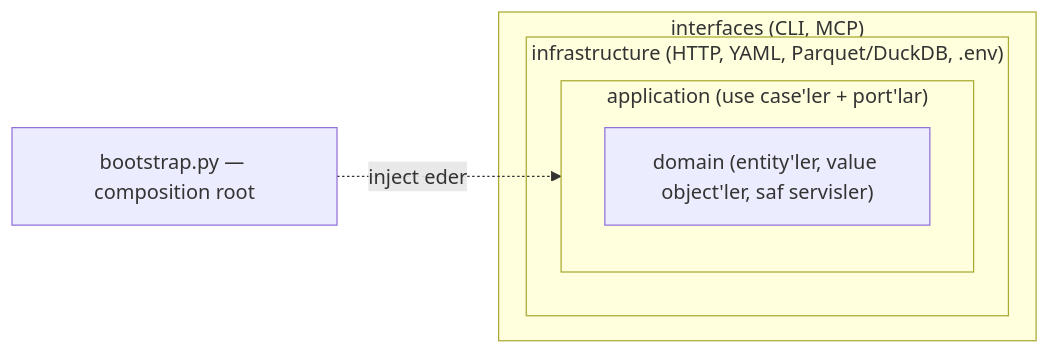
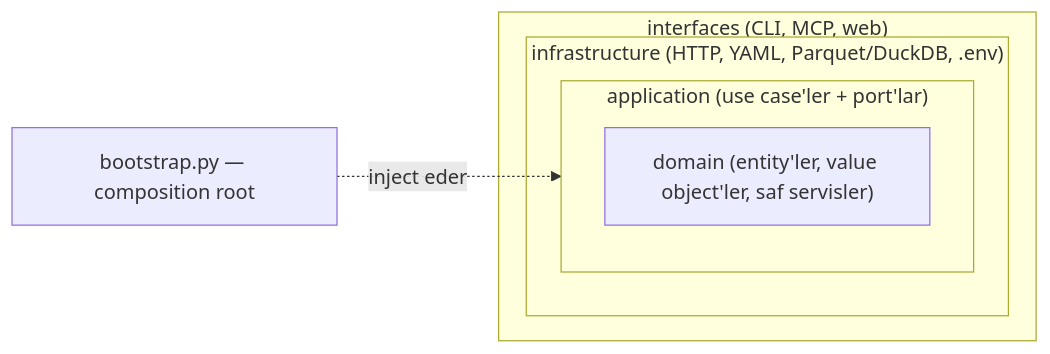
The diagram in README.md (vykarakaya26/ml_booster_mcp), drawn with Mermaid before and after one commit. The commit also changed other lines of this file and 11 other files, not shown here.

````diff
--- a/README.md
+++ b/README.md
@@ -141,11 +157,11 @@
 ```mermaid
 flowchart LR
-    subgraph Interfaces["interfaces (CLI, MCP)"]
+    subgraph Interfaces["interfaces (CLI, MCP, web)"]
         subgraph Infrastructure["infrastructure (HTTP, YAML, Parquet/DuckDB, .env)"]
             subgraph Application["application (use case'ler + port'lar)"]
                 Domain["domain (entity'ler, value object'ler, saf servisler)"]
             end
         end
     end
     Bootstrap["bootstrap.py — composition root"] -.inject eder.-> Application
 ```
````
